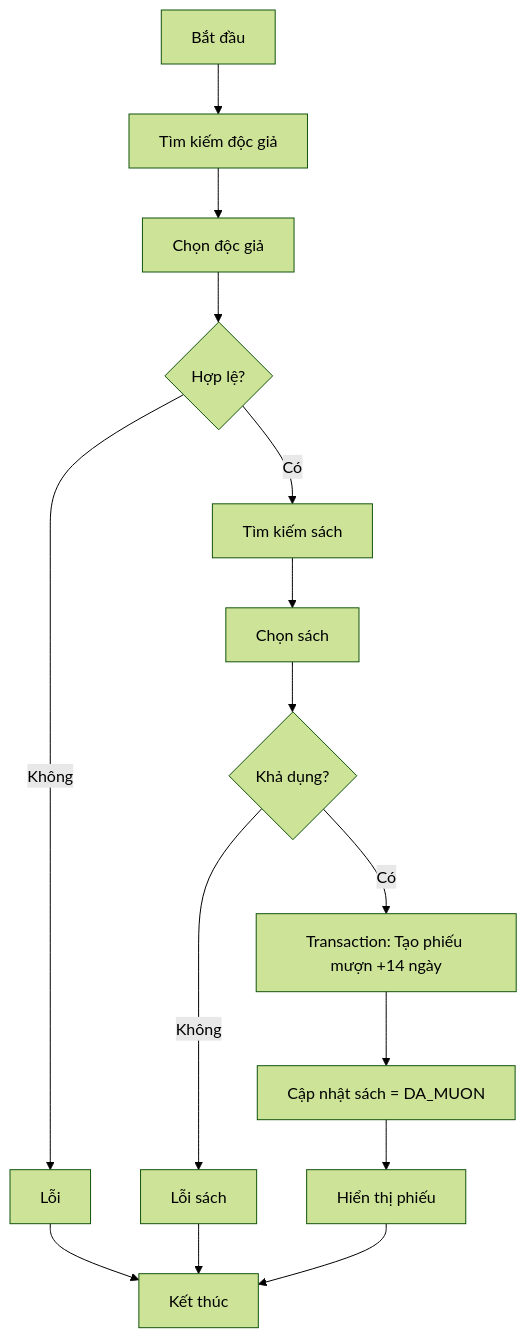
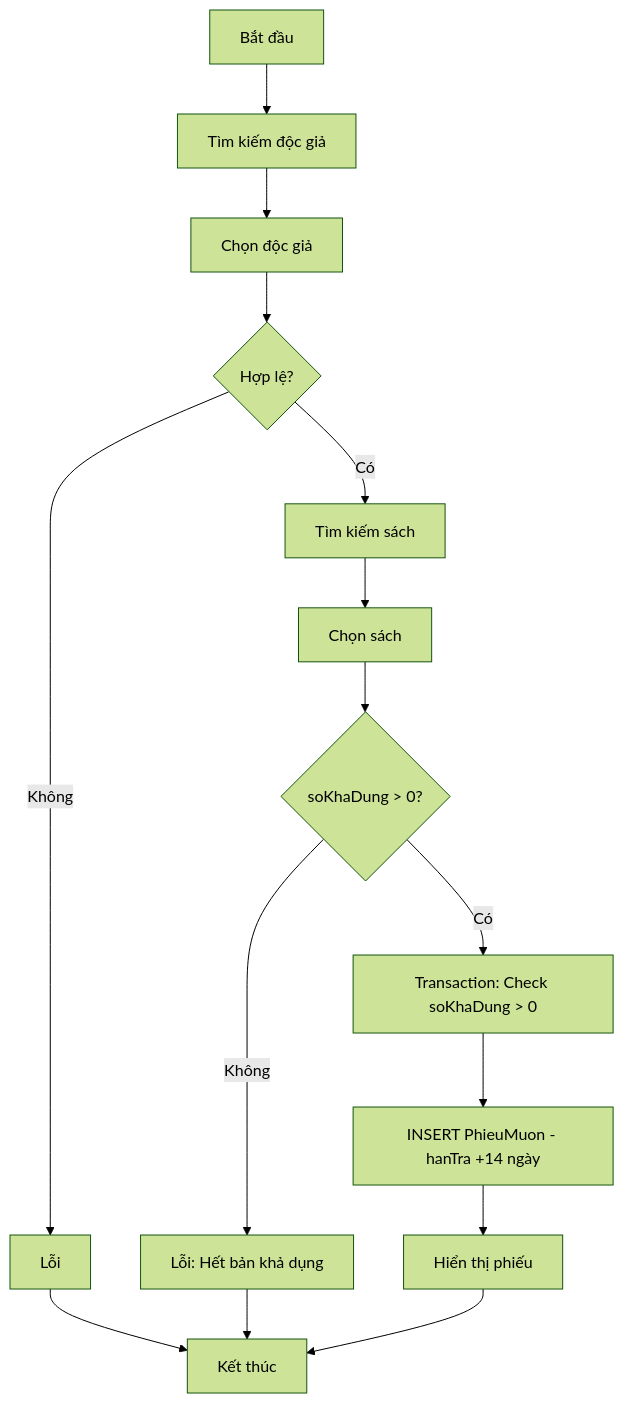
One commit to NPhamDoan/FULL_QLThuVien changed the third of 15 diagrams in .kiro/document/BaoCao_3UC_Mermaid.md. Above: the diagram before and after it, drawn with Mermaid (forest theme). The commit also changed other lines of this file and 37 other files, not shown here.

````diff
--- a/.kiro/document/BaoCao_3UC_Mermaid.md
+++ b/.kiro/document/BaoCao_3UC_Mermaid.md
@@ -94,14 +94,14 @@
 ```mermaid
 flowchart TD
     A[Bắt đầu] --> B[Tìm kiếm độc giả]
     B --> C[Chọn độc giả]
     C --> D{Hợp lệ?}
     D -->|Không| E[Lỗi] --> Z[Kết thúc]
     D -->|Có| F[Tìm kiếm sách]
     F --> G[Chọn sách]
-    G --> H{Khả dụng?}
-    H -->|Không| I[Lỗi sách] --> Z
-    H -->|Có| J[Transaction: Tạo phiếu mượn +14 ngày]
-    J --> K[Cập nhật sách = DA_MUON]
+    G --> H{soKhaDung > 0?}
+    H -->|Không| I[Lỗi: Hết bản khả dụng] --> Z
+    H -->|Có| J[Transaction: Check soKhaDung > 0]
+    J --> K[INSERT PhieuMuon - hanTra +14 ngày]
     K --> L[Hiển thị phiếu] --> Z
 ```
````
